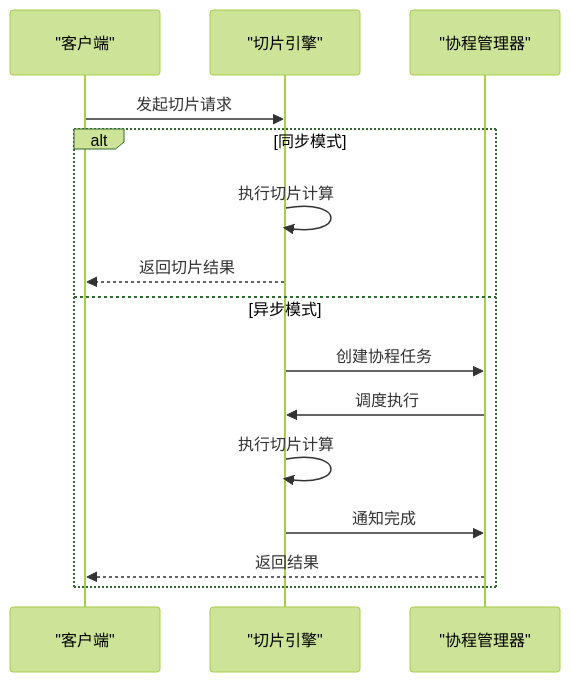
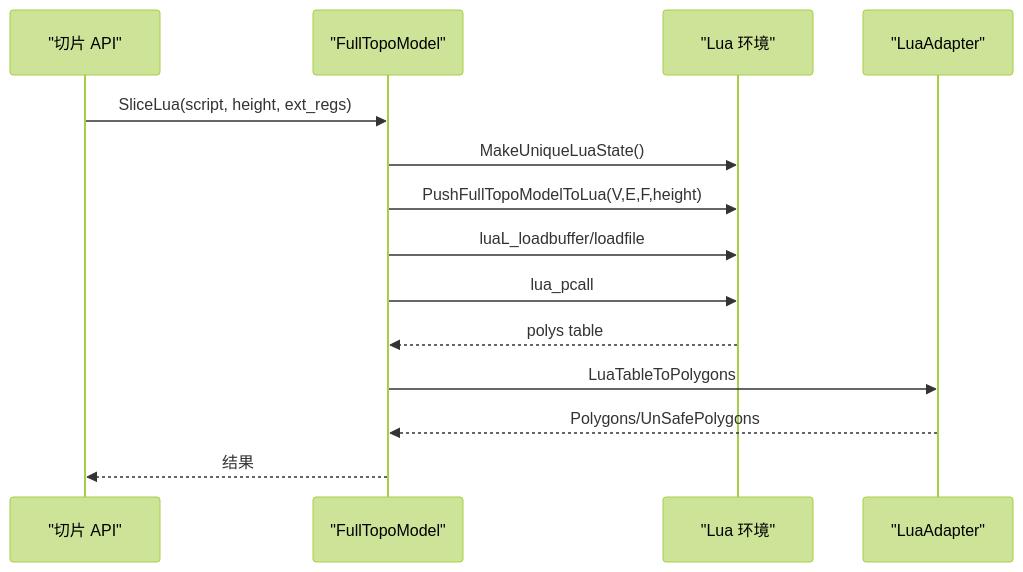
The eighth of 13 diagrams in .qoder/repowiki/zh/content/核心模块详解/切片引擎.md (hsmbanlance/HsBaSlicer), drawn with Mermaid (forest theme) before and after one commit. The commit also changed other lines of this file and 703 other files, not shown here.

````diff
--- a/.qoder/repowiki/zh/content/核心模块详解/切片引擎.md
+++ b/.qoder/repowiki/zh/content/核心模块详解/切片引擎.md
@@ -175,17 +323,16 @@
 ```mermaid
 sequenceDiagram
-participant Client as "客户端"
-participant SliceEngine as "切片引擎"
-participant Coroutine as "协程管理器"
-Client->>SliceEngine : 发起切片请求
-alt 同步模式
-SliceEngine->>SliceEngine : 执行切片计算
-SliceEngine-->>Client : 返回切片结果
-else 异步模式
-SliceEngine->>Coroutine : 创建协程任务
-Coroutine->>SliceEngine : 调度执行
-SliceEngine->>SliceEngine : 执行切片计算
-SliceEngine->>Coroutine : 通知完成
-Coroutine-->>Client : 返回结果
-end
+participant API as "切片 API"
+participant Topo as "FullTopoModel"
+participant Lua as "Lua 环境"
+participant Adapter as "LuaAdapter"
+API->>Topo : SliceLua(script, height, ext_regs)
+Topo->>Lua : MakeUniqueLuaState()
+Topo->>Lua : PushFullTopoModelToLua(V,E,F,height)
+Topo->>Lua : luaL_loadbuffer/loadfile
+Topo->>Lua : lua_pcall
+Lua-->>Topo : polys table
+Topo->>Adapter : LuaTableToPolygons
+Adapter-->>Topo : Polygons/UnSafePolygons
+Topo-->>API : 结果
 ```
````
